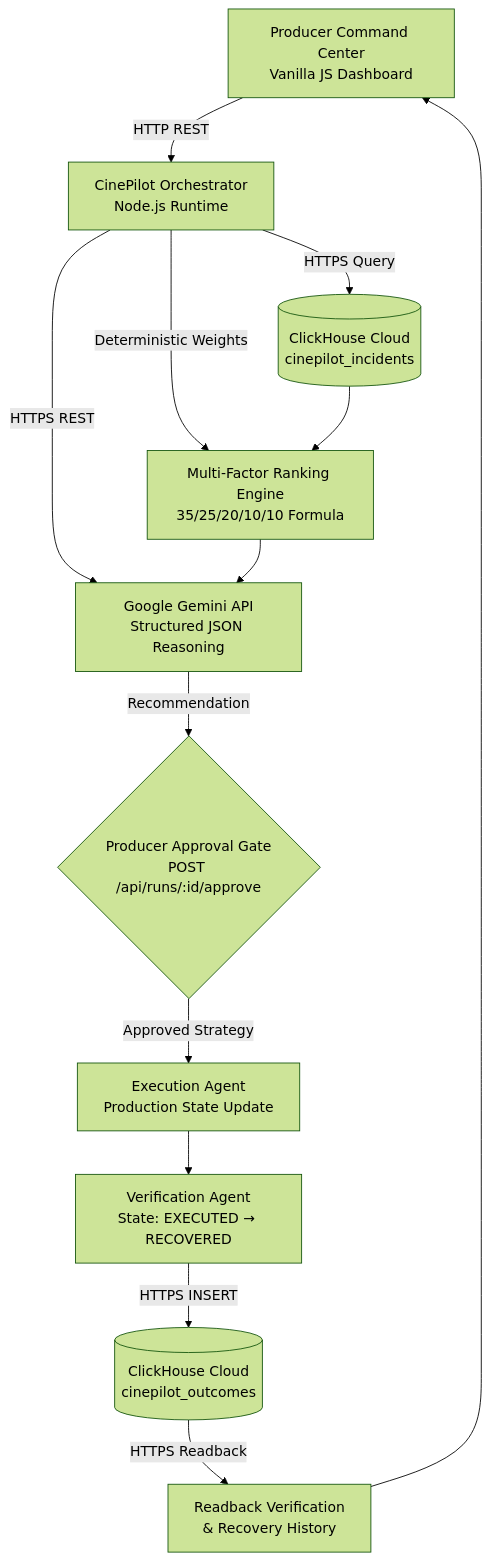
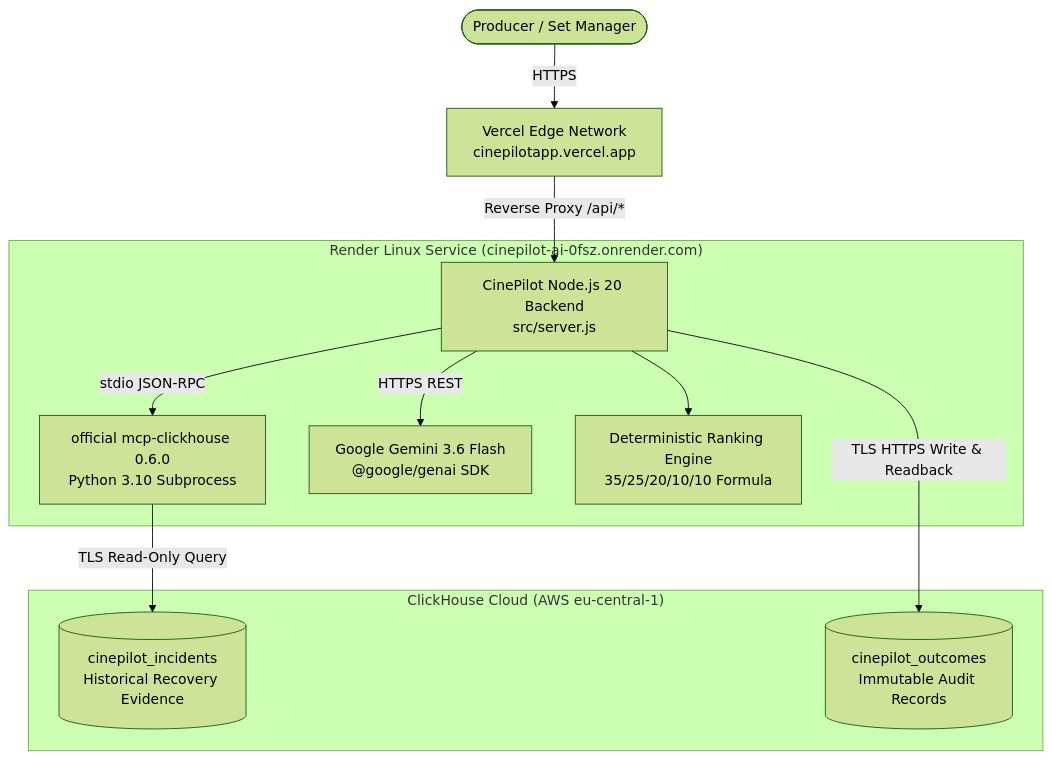
One commit to judeik/cinepilot-ai changed the diagram in README.md. Above: the diagram before and after it, drawn with Mermaid (forest theme). The commit also changed other lines of this file, not shown here.

Commit message:
docs: humanize CinePilot V3 README

````diff
--- a/README.md
+++ b/README.md
@@ -49,20 +173,24 @@
 ```mermaid
 flowchart TD
-    UI[Producer Command Center<br/>Vanilla JS Dashboard] -->|HTTP REST| ORCH[CinePilot Orchestrator<br/>Node.js Runtime]
-
-    ORCH -->|HTTPS Query| CH[(ClickHouse Cloud<br/>cinepilot_incidents)]
-    ORCH -->|Deterministic Weights| RANK[Multi-Factor Ranking Engine<br/>35/25/20/10/10 Formula]
-    ORCH -->|HTTPS REST| GEMINI[Google Gemini API<br/>Structured JSON Reasoning]
-
-    CH --> RANK
-    RANK --> GEMINI
-
-    GEMINI -->|Recommendation| GATE{Producer Approval Gate<br/>POST /api/runs/:id/approve}
-
-    GATE -->|Approved Strategy| EXEC[Execution Agent<br/>Production State Update]
-    EXEC --> VERIFY[Verification Agent<br/>State: EXECUTED → RECOVERED]
-
-    VERIFY -->|HTTPS INSERT| OUT[(ClickHouse Cloud<br/>cinepilot_outcomes)]
-    OUT -->|HTTPS Readback| AUDIT[Readback Verification<br/>& Recovery History]
-    AUDIT --> UI
+    User([Producer / Set Manager]) -->|HTTPS| Vercel[Vercel Edge Network<br/>cinepilotapp.vercel.app]
+    
+    subgraph Render["Render Linux Service (cinepilot-ai-0fsz.onrender.com)"]
+        NodeServer[CinePilot Node.js 20 Backend<br/>src/server.js]
+        MCP[official mcp-clickhouse 0.6.0<br/>Python 3.10 Subprocess]
+        Gemini[Google Gemini 3.6 Flash<br/>@google/genai SDK]
+        Engine[Deterministic Ranking Engine<br/>35/25/20/10/10 Formula]
+        
+        NodeServer -->|stdio JSON-RPC| MCP
+        NodeServer -->|HTTPS REST| Gemini
+        NodeServer --> Engine
+    end
+    
+    subgraph ClickHouse["ClickHouse Cloud (AWS eu-central-1)"]
+        CH_Incidents[(cinepilot_incidents<br/>Historical Recovery Evidence)]
+        CH_Outcomes[(cinepilot_outcomes<br/>Immutable Audit Records)]
+    end
+    
+    Vercel -->|Reverse Proxy /api/*| NodeServer
+    MCP -->|TLS Read-Only Query| CH_Incidents
+    NodeServer -->|TLS HTTPS Write & Readback| CH_Outcomes
 ```
````
